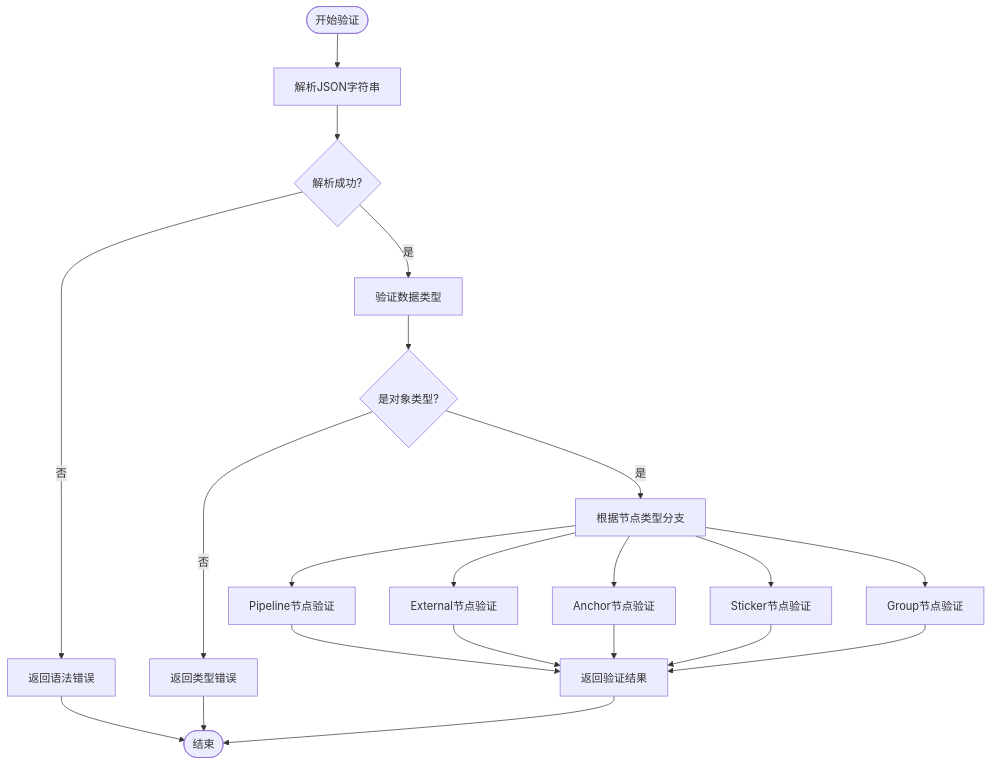
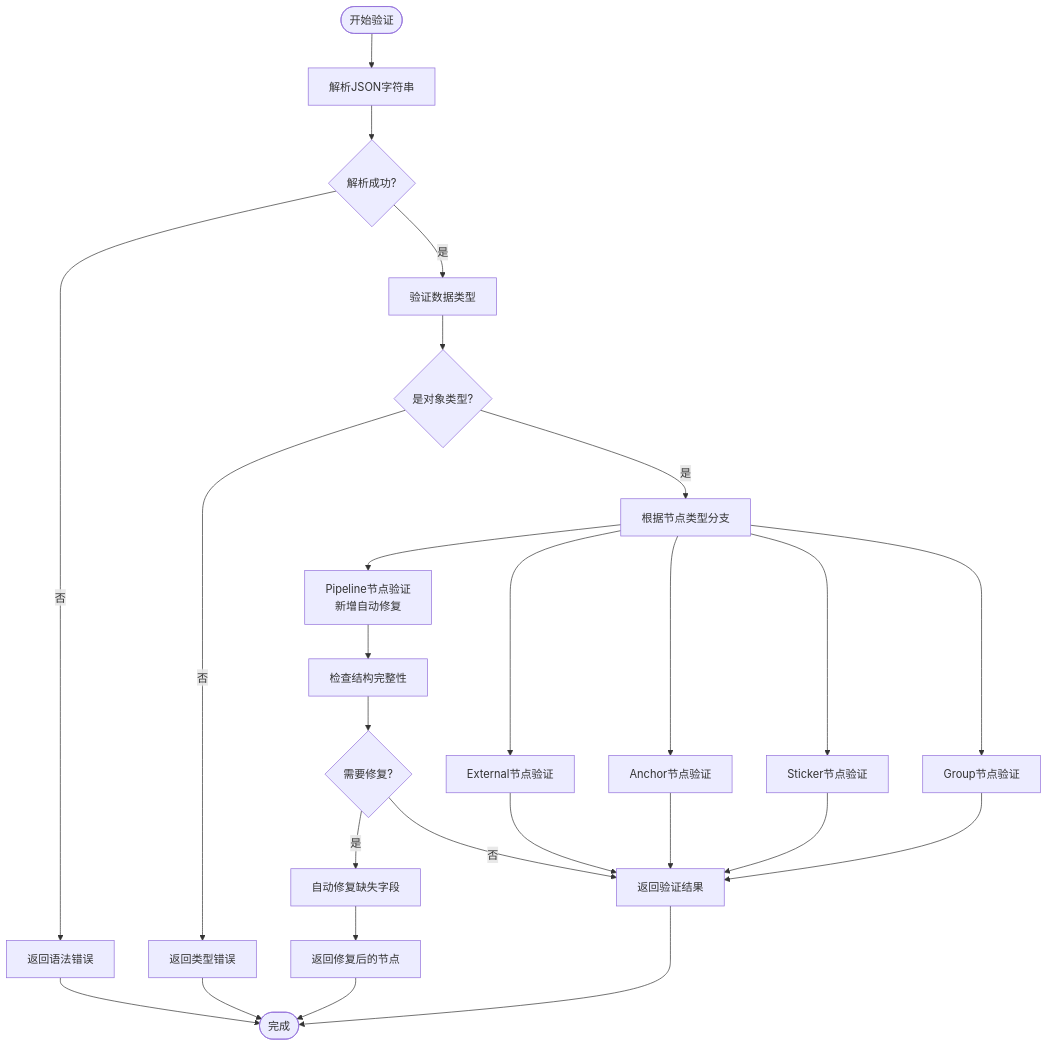
The third of 6 diagrams in .qoder/repowiki/zh/content/字段配置系统/字段验证系统/节点JSON验证器.md (kqcoxn/MaaPipelineEditor), drawn with Mermaid before and after one commit. The commit also changed other lines of this file and 17 other files, not shown here.

````diff
--- a/.qoder/repowiki/zh/content/字段配置系统/字段验证系统/节点JSON验证器.md
+++ b/.qoder/repowiki/zh/content/字段配置系统/字段验证系统/节点JSON验证器.md
@@ -143,23 +169,29 @@
 ```mermaid
 flowchart TD
 Start([开始验证]) --> ParseJSON["解析JSON字符串"]
 ParseJSON --> ParseSuccess{"解析成功?"}
 ParseSuccess --> |否| ReturnError1["返回语法错误"]
 ParseSuccess --> |是| CheckType["验证数据类型"]
 CheckType --> TypeValid{"是对象类型?"}
 TypeValid --> |否| ReturnError2["返回类型错误"]
 TypeValid --> |是| SwitchType["根据节点类型分支"]
-SwitchType --> Pipeline["Pipeline节点验证"]
+SwitchType --> Pipeline["Pipeline节点验证<br/>新增自动修复"]
 SwitchType --> External["External节点验证"]
 SwitchType --> Anchor["Anchor节点验证"]
 SwitchType --> Sticker["Sticker节点验证"]
 SwitchType --> Group["Group节点验证"]
-Pipeline --> ReturnResult["返回验证结果"]
+Pipeline --> RepairCheck["检查结构完整性"]
+RepairCheck --> NeedsRepair{"需要修复?"}
+NeedsRepair --> |是| AutoRepair["自动修复缺失字段"]
+NeedsRepair --> |否| ReturnResult["返回验证结果"]
+AutoRepair --> ReturnRepaired["返回修复后的节点"]
 External --> ReturnResult
 Anchor --> ReturnResult
 Sticker --> ReturnResult
 Group --> ReturnResult
 ReturnError1 --> End([结束])
 ReturnError2 --> End
 ReturnResult --> End
+ReturnRepaired --> End
+End([完成])
 ```
````
